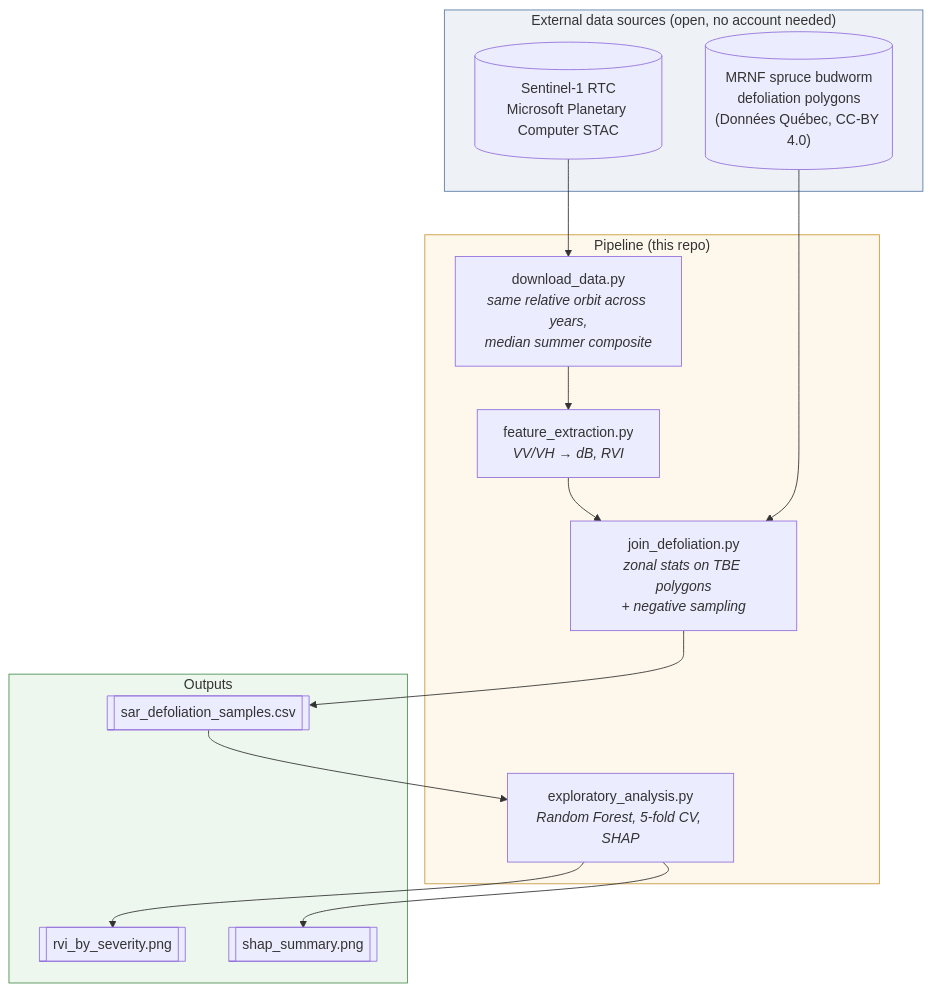
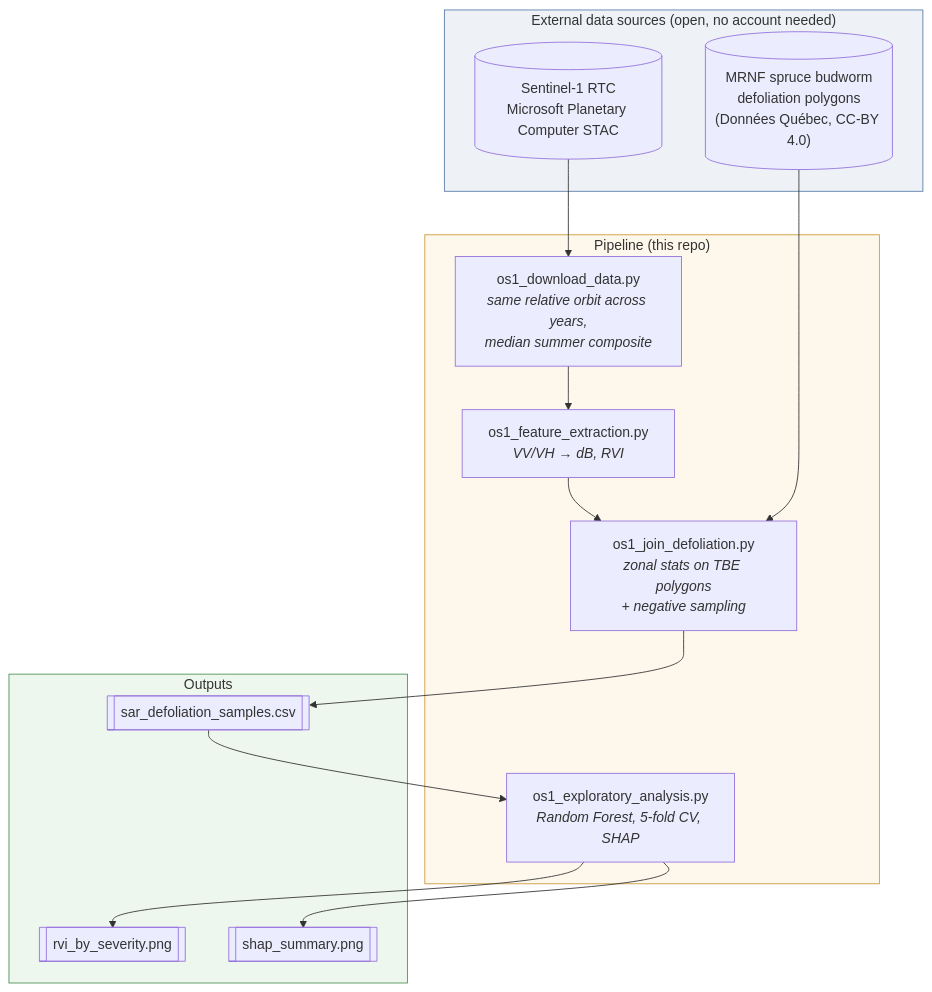
One commit to mamadou-g-diallo/sar-tbe-defoliation changed the diagram in README.md. Above: the diagram before and after it, drawn with Mermaid. The commit also changed other lines of this file and 12 other files, not shown here.

````diff
--- a/README.md
+++ b/README.md
@@ -72,29 +88,29 @@
 ```mermaid
 flowchart TD
     subgraph Sources["External data sources (open, no account needed)"]
         S1[("Sentinel-1 RTC<br/>Microsoft Planetary Computer STAC")]
         TBE[("MRNF spruce budworm<br/>defoliation polygons<br/>(Données Québec, CC-BY 4.0)")]
     end
 
     subgraph Pipeline["Pipeline (this repo)"]
-        A["download_data.py<br/><i>same relative orbit across years,<br/>median summer composite</i>"]
-        B["feature_extraction.py<br/><i>VV/VH → dB, RVI</i>"]
-        C["join_defoliation.py<br/><i>zonal stats on TBE polygons<br/>+ negative sampling</i>"]
-        D["exploratory_analysis.py<br/><i>Random Forest, 5-fold CV, SHAP</i>"]
+        A["os1_download_data.py<br/><i>same relative orbit across years,<br/>median summer composite</i>"]
+        B["os1_feature_extraction.py<br/><i>VV/VH → dB, RVI</i>"]
+        C["os1_join_defoliation.py<br/><i>zonal stats on TBE polygons<br/>+ negative sampling</i>"]
+        D["os1_exploratory_analysis.py<br/><i>Random Forest, 5-fold CV, SHAP</i>"]
     end
 
     subgraph Outputs["Outputs"]
         R1[["sar_defoliation_samples.csv"]]
         R2[["rvi_by_severity.png"]]
         R3[["shap_summary.png"]]
     end
 
     S1 --> A --> B --> C
     TBE --> C
     C --> R1 --> D --> R2
     D --> R3
 
     style Sources fill:#eef2f7,stroke:#5b7ba8
     style Pipeline fill:#fef8ec,stroke:#c99a3a
     style Outputs fill:#eef7ee,stroke:#4c8f52
 ```
````
